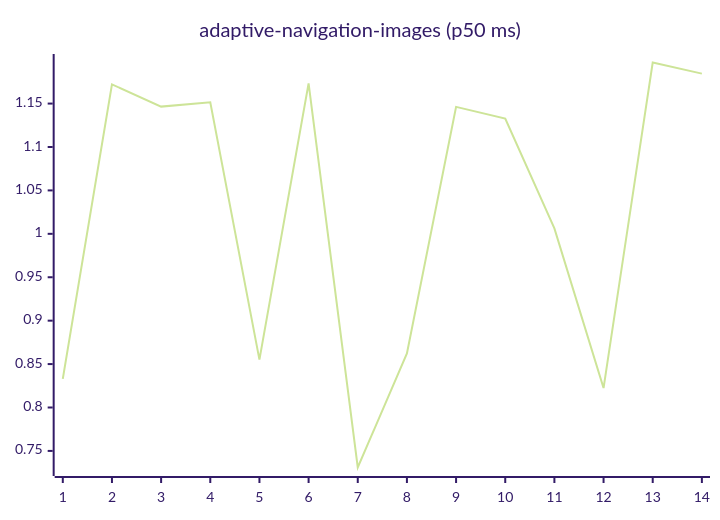
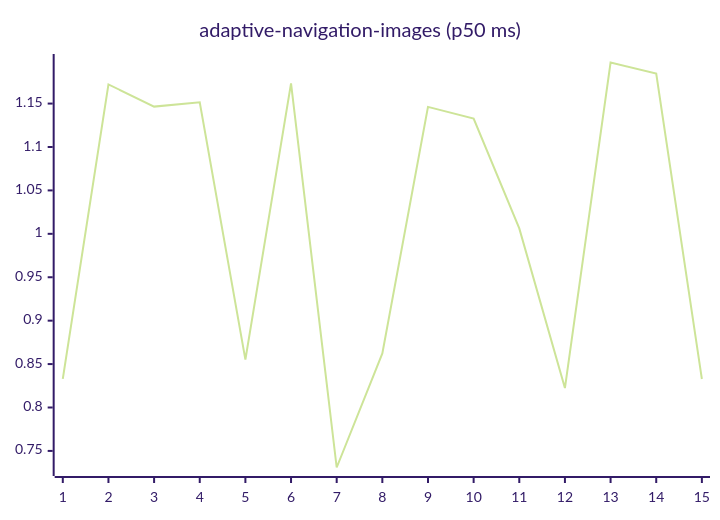
One commit to josha/Facet changed the first of 27 diagrams in README.md. Above: the diagram before and after it, drawn with Mermaid (forest theme). The commit also changed other lines of this file and 2 other files, not shown here.

````diff
--- a/README.md
+++ b/README.md
@@ -63,6 +63,6 @@
 ```mermaid
 xychart-beta
     title "adaptive-navigation-images (p50 ms)"
-    x-axis 1 --> 14
-    line [0.8330, 1.1721, 1.1465, 1.1515, 0.8551, 1.1733, 0.7309, 0.8622, 1.1462, 1.1328, 1.0062, 0.8224, 1.1973, 1.1845]
+    x-axis 1 --> 15
+    line [0.8330, 1.1721, 1.1465, 1.1515, 0.8551, 1.1733, 0.7309, 0.8622, 1.1462, 1.1328, 1.0062, 0.8224, 1.1973, 1.1845, 0.8328]
 ```
````
